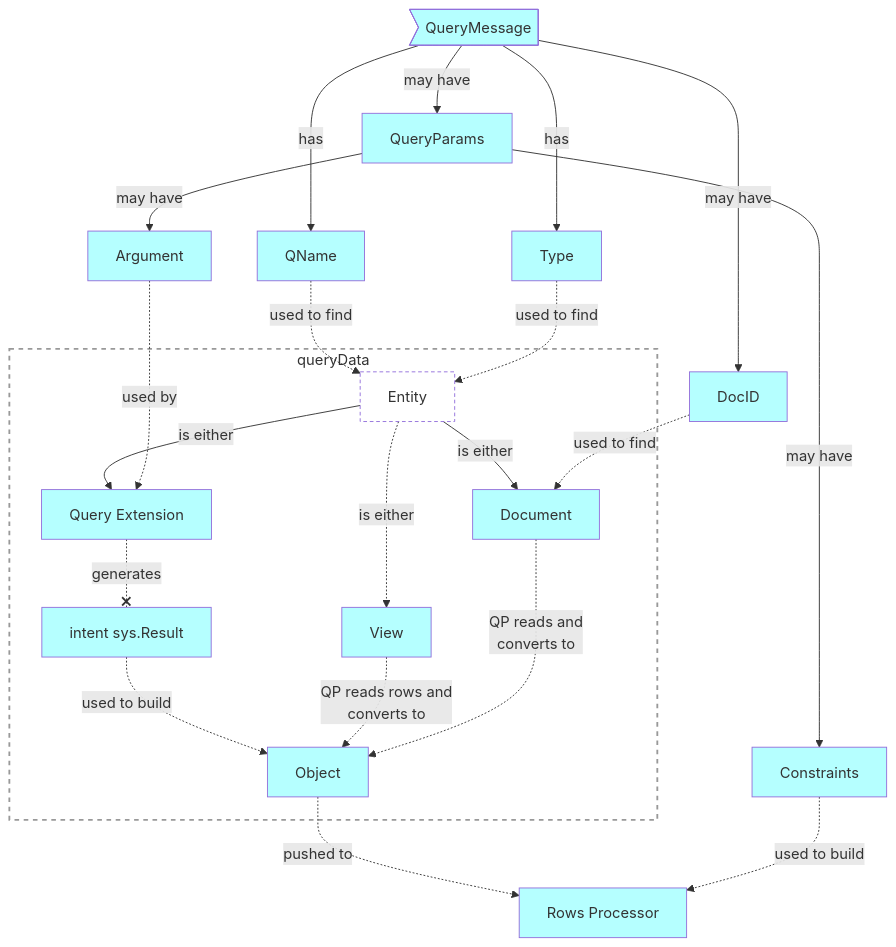
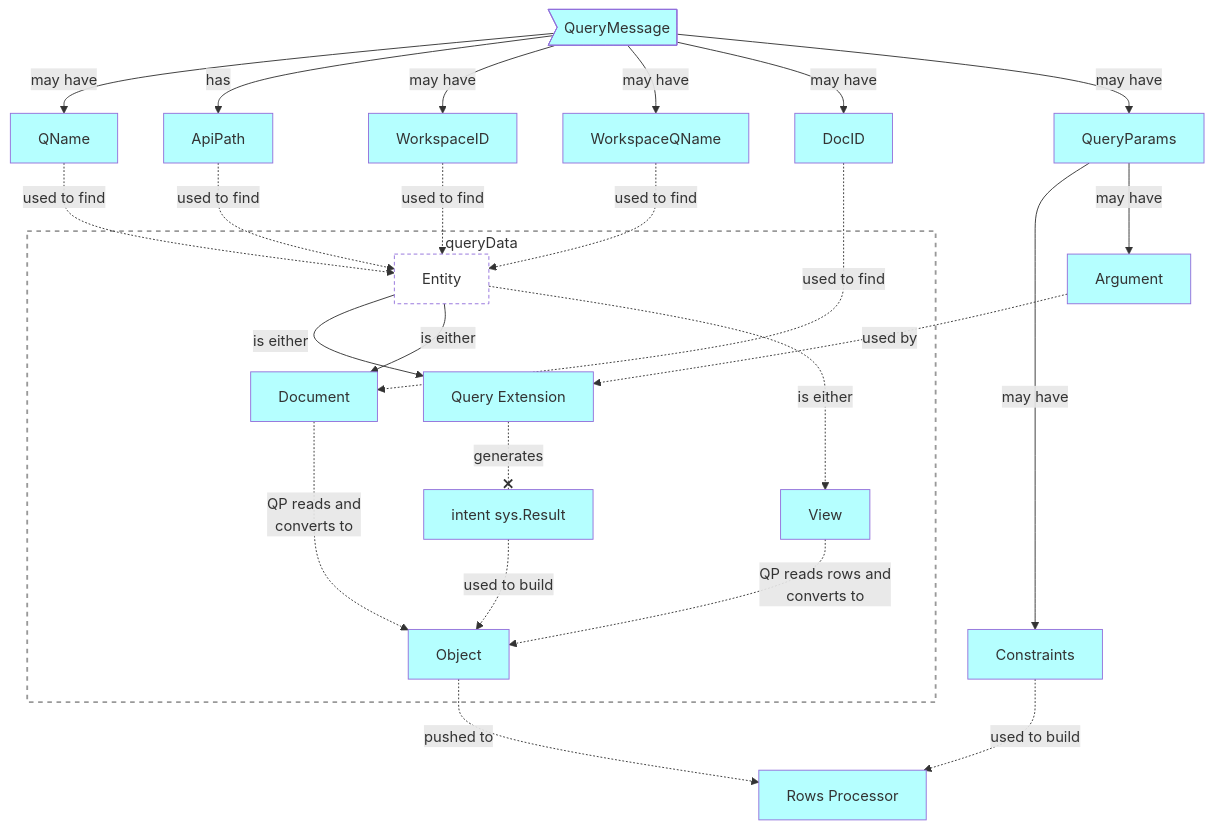
Before and after one commit to voedger/voedger-internals: the fourth of 5 diagrams in server/design/qp.md, drawn with Mermaid. The commit also changed 1 other file, not shown here.

Commit message:
Enhance API documentation for role schema and query processor design with additional details and diagrams

````diff
--- a/server/design/qp.md
+++ b/server/design/qp.md
@@ -119,45 +119,49 @@
 ```mermaid
 flowchart
 qpMessage>QueryMessage]:::S
 rp[Rows Processor]:::S
 queryData[Query Data]:::G
 subgraph queryData
   entity[Entity]:::A
   doc[Document]:::S
   views[View]:::S
   extension[Query Extension]:::S
   intents["intent sys.Result"]:::S
   entity --> |is either|extension
   entity --> |is either|doc
   entity -.-> |is either|views
   extension -.-x |generates|intents:::S
   objects[Object]:::S
 end
 
 %% Relations ======================
-qpMessage --> |has|QName:::S
-qpMessage --> |has|Type:::S
+qpMessage --> |may have|QName:::S
+qpMessage --> |has|Type[ApiPath]:::S
+qpMessage --> |may have|WorkspaceID:::S
+qpMessage --> |may have|WorkspaceQName:::S
 qpMessage --> |may have|DocID:::S
 qpMessage --> |may have|QueryParams:::S
 objects -.-> |pushed to|rp
 
 QueryParams --> |may have|Constraints:::S
 QueryParams --> |may have|Argument:::S
 
 intents -.-> |used to build|objects
 views -.-> |QP reads rows and <br>converts to|objects
 doc -.-> |QP reads and <br>converts to|objects
 
 QName -.-> |used to find|entity
+WorkspaceID -.-> |used to find|entity
+WorkspaceQName -.-> |used to find|entity
 Type -.-> |used to find|entity
-DocID -.-> |used to find|doc
-Argument -..-> |used by|extension
+DocID -..-> |used to find|doc
+Argument -.-> |used by|extension
 Constraints -.-> |used to build|rp
 
 %% Styles ====================
 classDef B fill:#FFFFB5,color:#333
 classDef S fill:#B5FFFF,color:#333
 classDef H fill:#C9E7B7,color:#333
 classDef G fill:#ffffff15, stroke:#999, stroke-width:2px, stroke-dasharray: 5 5
 classDef A fill:transparent, stroke-width:1px, stroke-dasharray: 4 3
 ```
````
